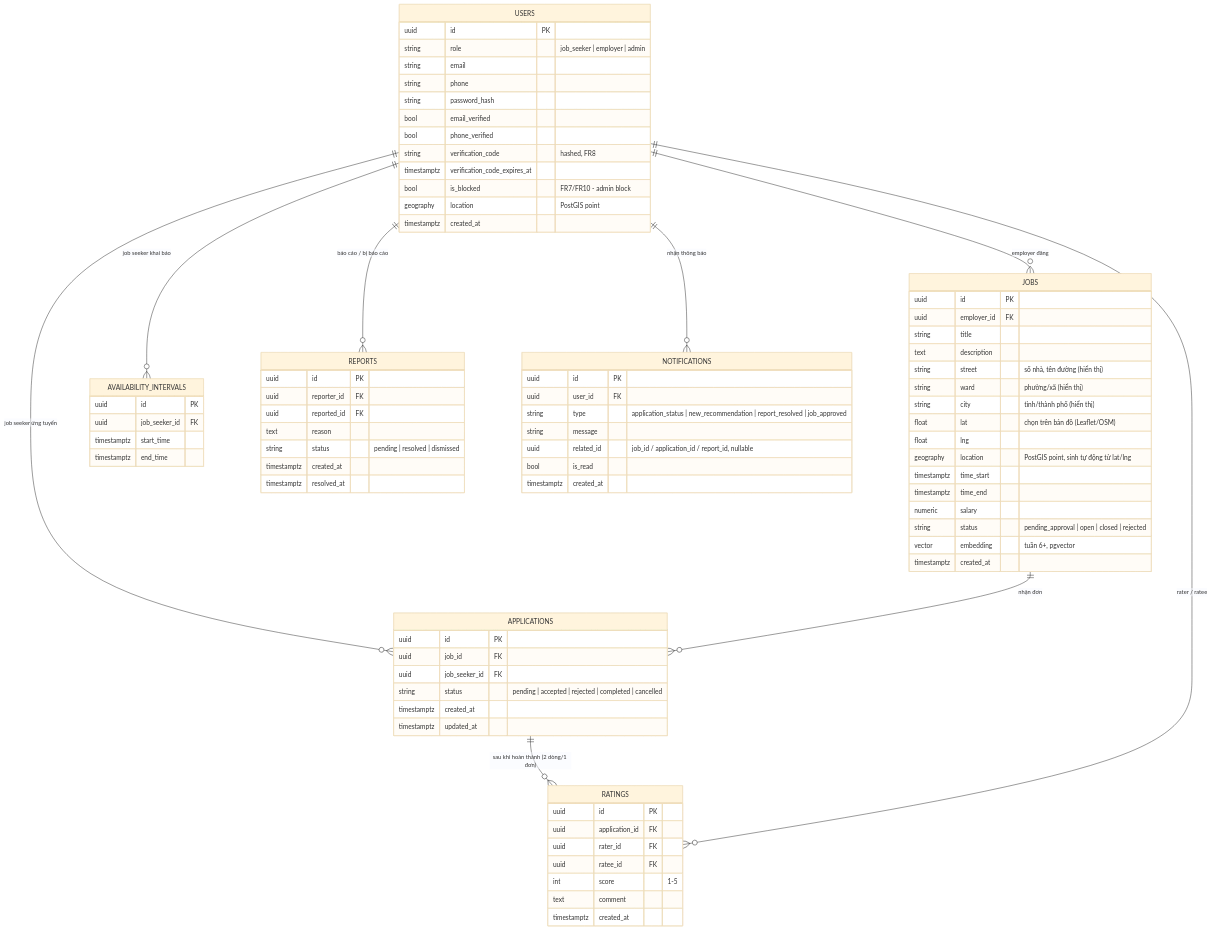
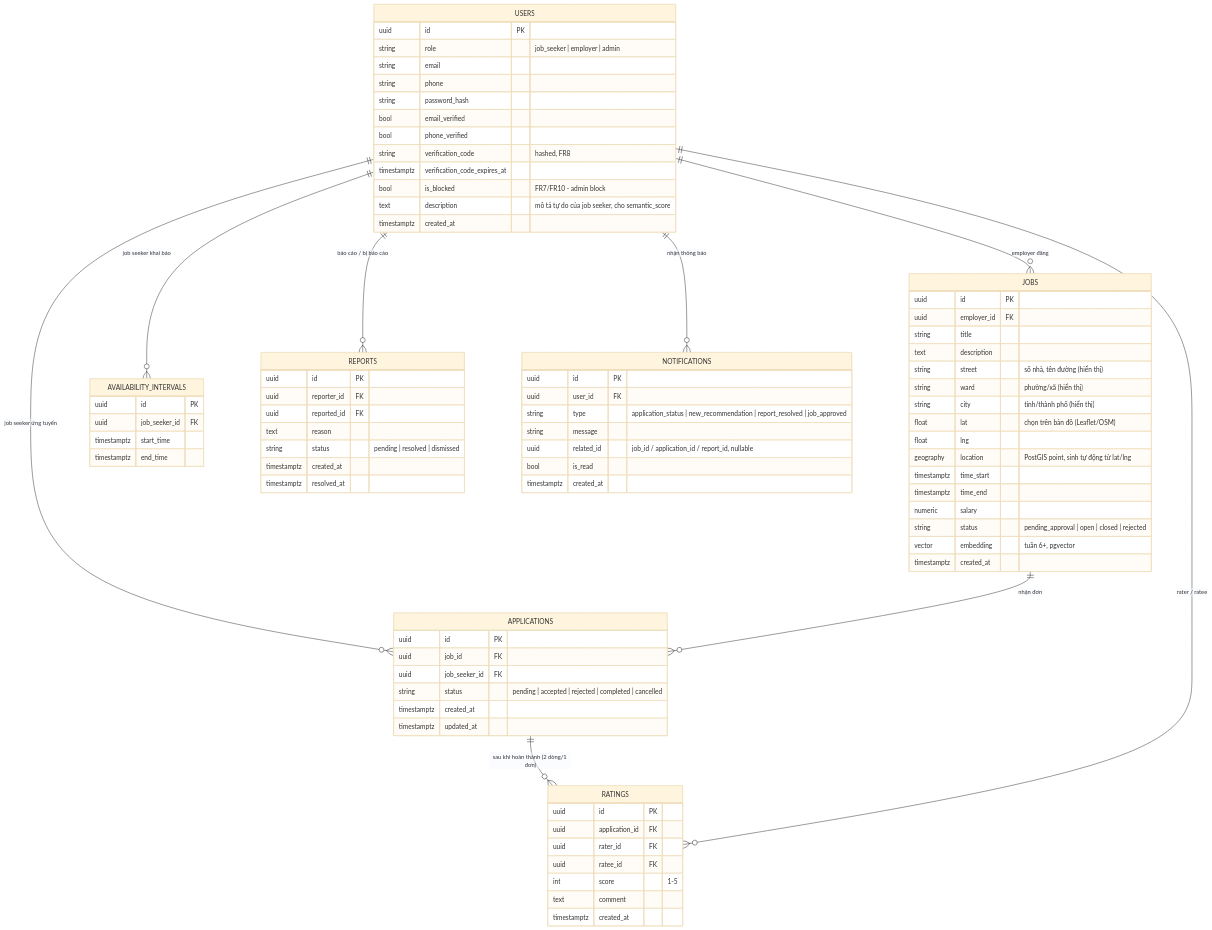
Before and after one commit to VanSyx/DATN_TimViecPartTime: the diagram in docs/design/erd.md, drawn with Mermaid (base theme). The commit also changed other lines of this file and 29 other files, not shown here.

First line of the commit message:
feat(ai): AI service MVP chấm điểm có breakdown + mô tả tự do job seeker (Tuần 4)

```diff
--- a/docs/design/erd.md
+++ b/docs/design/erd.md
@@ -24,7 +24,7 @@
         string verification_code "hashed, FR8"
         timestamptz verification_code_expires_at
         bool is_blocked "FR7/FR10 - admin block"
-        geography location "PostGIS point"
+        text description "mô tả tự do của job seeker, cho semantic_score"
         timestamptz created_at
     }
     JOBS {
```
